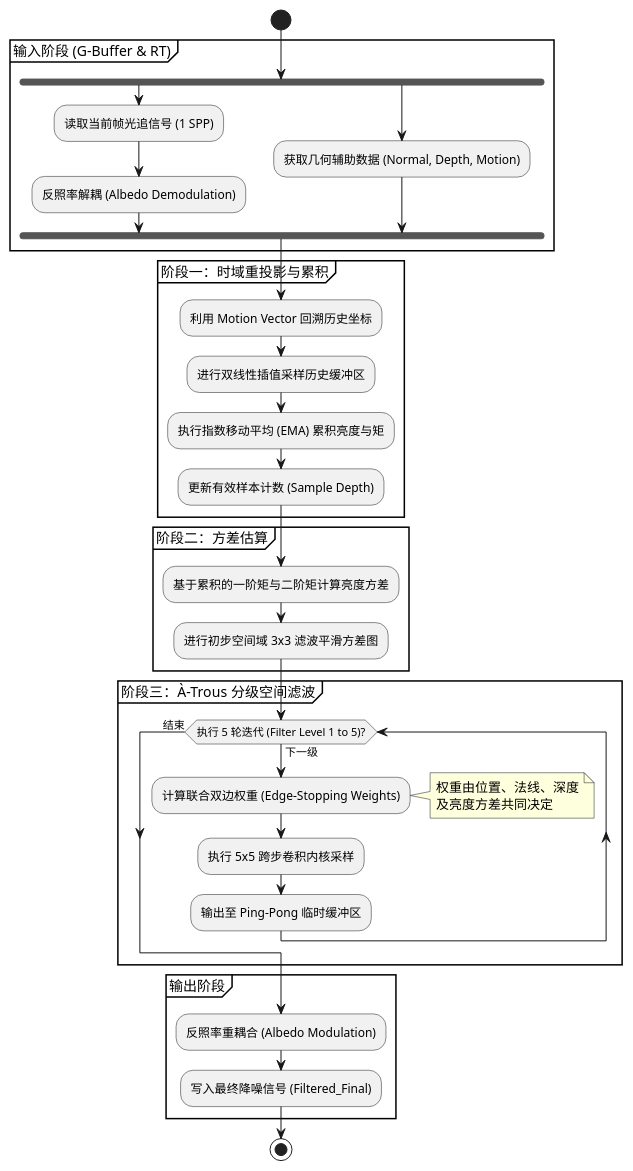
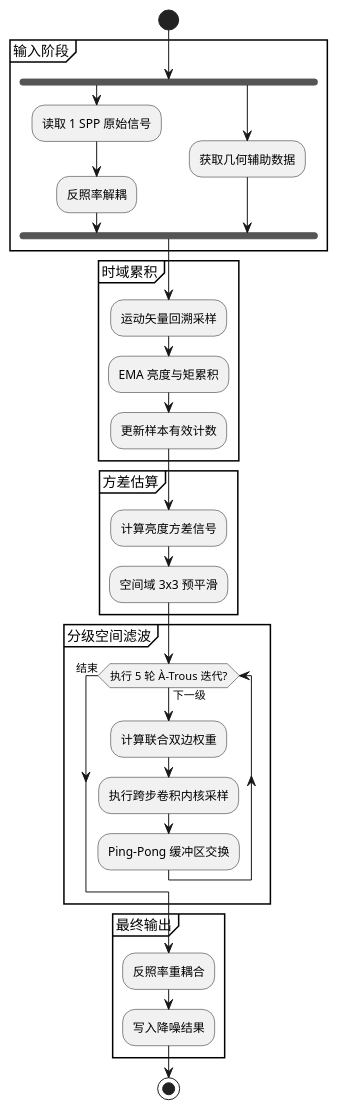
One commit to CadenXc/HybridRenderer changed the ninth of 17 diagrams in RenderGraph_Architecture_Diagrams.md. Above: the diagram before and after it, drawn with PlantUML. The commit also changed other lines of this file and 3 other files, not shown here.

````diff
--- a/RenderGraph_Architecture_Diagrams.md
+++ b/RenderGraph_Architecture_Diagrams.md
@@ -438,48 +369,43 @@
 ```plantuml
 @startuml
 skinparam backgroundColor white
 skinparam shadowing false
 
 start
 
-partition "输入阶段 (G-Buffer & RT)" {
+partition "输入阶段" {
     fork
-        :读取当前帧光追信号 (1 SPP);
-        :反照率解耦 (Albedo Demodulation);
+        :读取 1 SPP 原始信号;
+        :反照率解耦;
     fork again
-        :获取几何辅助数据 (Normal, Depth, Motion);
+        :获取几何辅助数据;
     end fork
 }
 
-partition "阶段一：时域重投影与累积" {
-    :利用 Motion Vector 回溯历史坐标;
-    :进行双线性插值采样历史缓冲区;
-    :执行指数移动平均 (EMA) 累积亮度与矩;
-    :更新有效样本计数 (Sample Depth);
+partition "时域累积" {
+    :运动矢量回溯采样;
+    :EMA 亮度与矩累积;
+    :更新样本有效计数;
 }
 
-partition "阶段二：方差估算" {
-    :基于累积的一阶矩与二阶矩计算亮度方差;
-    :进行初步空间域 3x3 滤波平滑方差图;
+partition "方差估算" {
+    :计算亮度方差信号;
+    :空间域 3x3 预平滑;
 }
 
-partition "阶段三：À-Trous 分级空间滤波" {
-    while (执行 5 轮迭代 (Filter Level 1 to 5)?) is (下一级)
-        :计算联合双边权重 (Edge-Stopping Weights);
-        note right
-            权重由位置、法线、深度
-            及亮度方差共同决定
-        end note
-        :执行 5x5 跨步卷积内核采样;
-        :输出至 Ping-Pong 临时缓冲区;
+partition "分级空间滤波" {
+    while (执行 5 轮 À-Trous 迭代?) is (下一级)
+        :计算联合双边权重;
+        :执行跨步卷积内核采样;
+        :Ping-Pong 缓冲区交换;
     endwhile (结束)
 }
 
-partition "输出阶段" {
-    :反照率重耦合 (Albedo Modulation);
-    :写入最终降噪信号 (Filtered_Final);
+partition "最终输出" {
+    :反照率重耦合;
+    :写入降噪结果;
 }
 
 stop
 @enduml
 ```
````
